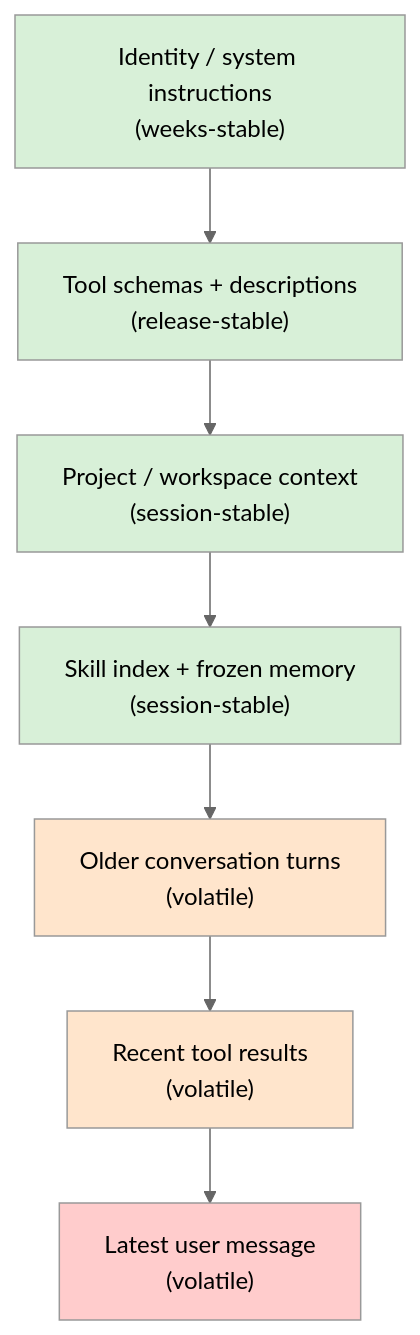
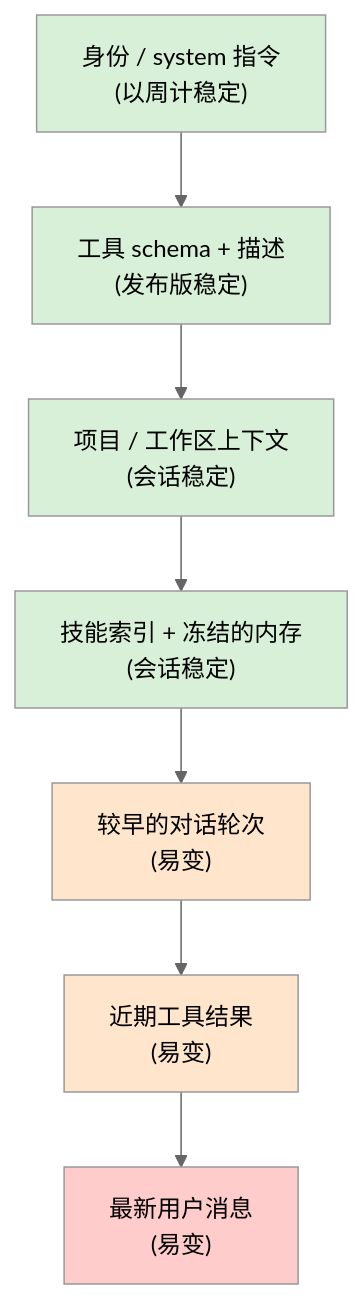
Before and after one commit to ocxers/agentic-ai-system-course-zh: the diagram in course-zh/04-prompts-context-cache.md, drawn with Mermaid (neutral theme). The commit also changed 14 other files, not shown here.

````diff
--- a/course-zh/04-prompts-context-cache.md
+++ b/course-zh/04-prompts-context-cache.md
@@ -23,17 +23,17 @@
 ```mermaid
 flowchart TD
-    A["Identity / system instructions<br/>(weeks-stable)"] --> B["Tool schemas + descriptions<br/>(release-stable)"]
-    B --> C["Project / workspace context<br/>(session-stable)"]
-    C --> D["Skill index + frozen memory<br/>(session-stable)"]
-    D --> E["Older conversation turns<br/>(volatile)"]
-    E --> F["Recent tool results<br/>(volatile)"]
-    F --> G["Latest user message<br/>(volatile)"]
+    A["身份 / system 指令<br/>(以周计稳定)"] --> B["工具 schema + 描述<br/>(发布版稳定)"]
+    B --> C["项目 / 工作区上下文<br/>(会话稳定)"]
+    C --> D["技能索引 + 冻结的内存<br/>(会话稳定)"]
+    D --> E["较早的对话轮次<br/>(易变)"]
+    E --> F["近期工具结果<br/>(易变)"]
+    F --> G["最新用户消息<br/>(易变)"]
 
     style A fill:#d8f0d8
     style B fill:#d8f0d8
     style C fill:#d8f0d8
     style D fill:#d8f0d8
     style E fill:#ffe5cc
     style F fill:#ffe5cc
     style G fill:#ffcccc
 ```
````
